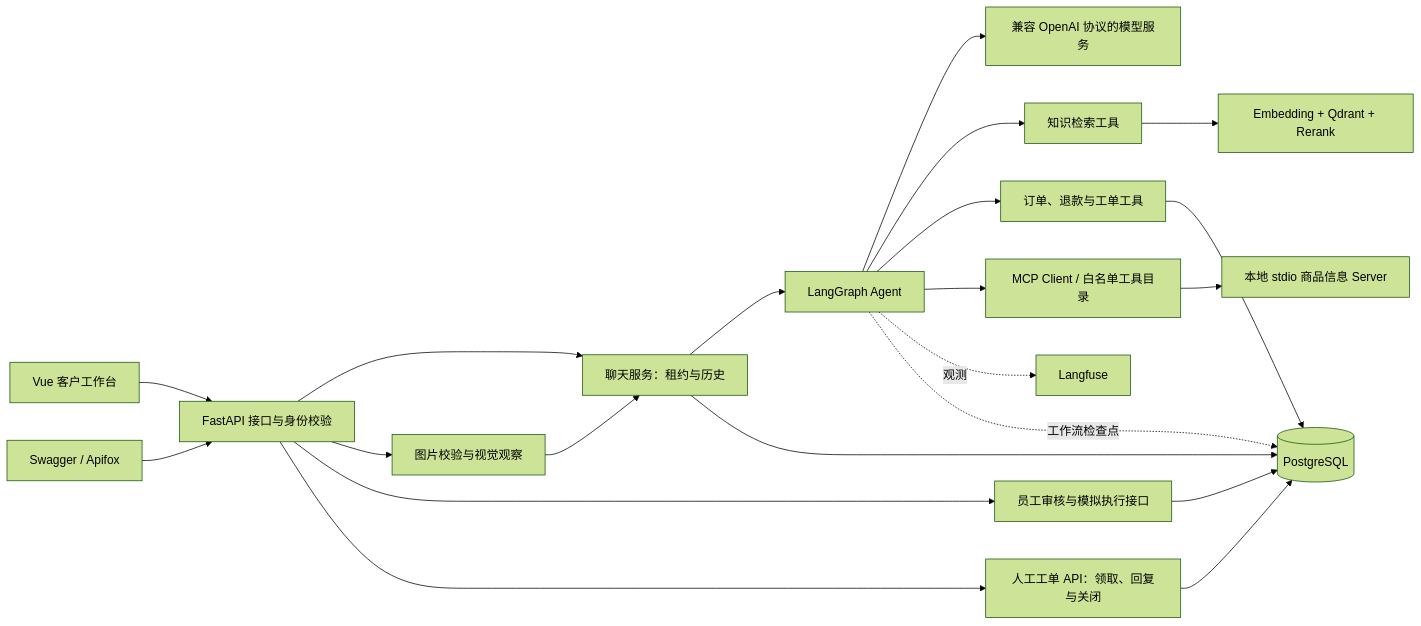
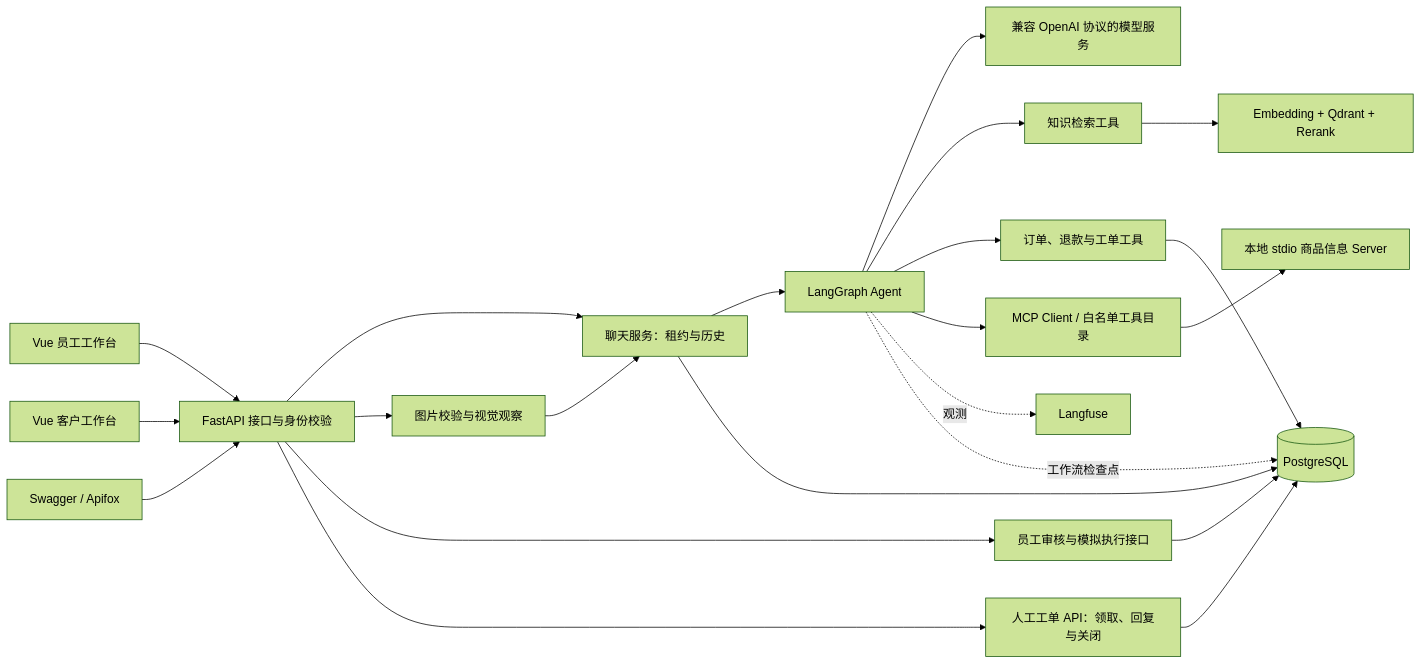
One commit to 111wjh/OmniSupport-AI changed the diagram in README.md. Above: the diagram before and after it, drawn with Mermaid (forest theme). The commit also changed other lines of this file and 21 other files, not shown here.

````diff
--- a/README.md
+++ b/README.md
@@ -42,23 +52,24 @@
 ```mermaid
 flowchart LR
+    StaffUI[Vue 员工工作台] --> API
     UI[Vue 客户工作台] --> API[FastAPI 接口与身份校验]
     API --> Chat[聊天服务：租约与历史]
     API --> Vision[图片校验与视觉观察]
     Vision --> Chat
     Chat --> Graph[LangGraph Agent]
     Graph --> Model[兼容 OpenAI 协议的模型服务]
     Graph --> RAG[知识检索工具]
     RAG --> Vector[Embedding + Qdrant + Rerank]
     Graph --> Business[订单、退款与工单工具]
     Graph --> MCP[MCP Client / 白名单工具目录]
     MCP --> Catalog[本地 stdio 商品信息 Server]
     Business --> PG[(PostgreSQL)]
     Chat --> PG
     API --> Review[员工审核与模拟执行接口]
     Review --> PG
     Ops[Swagger / Apifox] --> API
     API --> Tickets[人工工单 API：领取、回复与关闭]
     Tickets --> PG
     Graph -.观测.-> LF[Langfuse]
     Graph -.工作流检查点.-> PG
 ```
````
